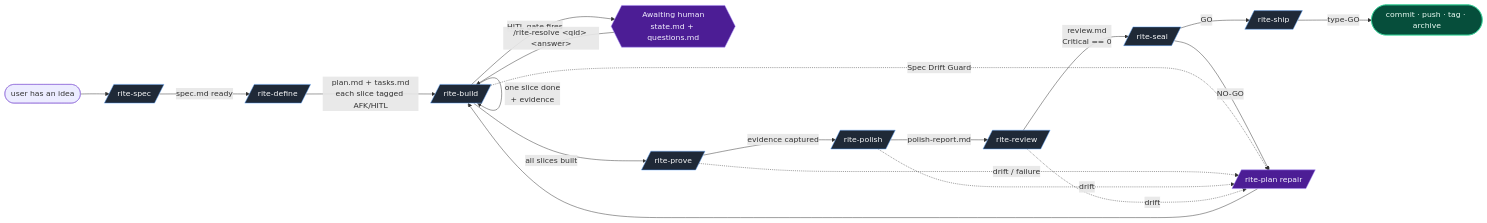
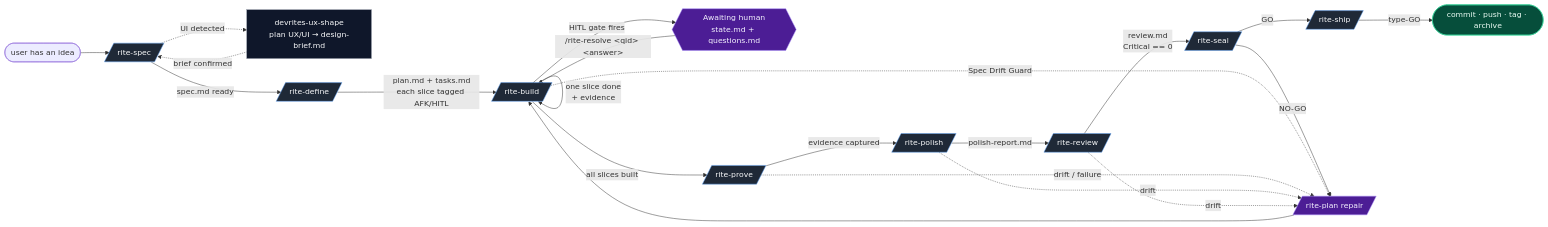
Before and after one commit to ViktorsBaikers/DevRites: the first of 9 diagrams in docs/flow.md, drawn with Mermaid. The commit also changed other lines of this file and 21 other files, not shown here.

````diff
--- a/docs/flow.md
+++ b/docs/flow.md
@@ -15,31 +15,35 @@
 ```mermaid
 flowchart LR
     Start([user has an idea]) --> Spec[/rite-spec/]
+    Spec -.->|UI detected| Shape[devrites-ux-shape<br/>plan UX/UI → design-brief.md]
+    Shape -.->|brief confirmed| Spec
     Spec -->|spec.md ready| Define[/rite-define/]
     Define -->|plan.md + tasks.md<br/>each slice tagged AFK/HITL| Build[/rite-build/]
     Build -->|one slice done<br/>+ evidence| Build
     Build -->|HITL gate fires| Await{{Awaiting human<br/>state.md + questions.md}}
     Await -->|"/rite-resolve &lt;qid&gt; &lt;answer&gt;"| Build
     Build -->|all slices built| Prove[/rite-prove/]
     Prove -->|evidence captured| Polish[/rite-polish/]
     Polish -->|polish-report.md| Review[/rite-review/]
     Review -->|review.md<br/>Critical == 0| Seal[/rite-seal/]
     Seal -->|GO| Ship2[/rite-ship/]
     Ship2 -->|type-GO| Shipped([commit · push · tag · archive])
     Seal -->|NO-GO| Repair[/rite-plan repair/]
     Repair --> Build
 
     Build -.->|Spec Drift Guard| Repair
     Prove -.->|drift / failure| Repair
     Polish -.->|drift| Repair
     Review -.->|drift| Repair
 
     classDef phase fill:#1f2937,stroke:#60a5fa,stroke-width:1px,color:#f9fafb
     classDef done fill:#064e3b,stroke:#34d399,color:#ecfdf5
     classDef repair fill:#4c1d95,stroke:#a78bfa,color:#f5f3ff
     classDef gate fill:#4c1d95,stroke:#a78bfa,color:#f5f3ff
+    classDef internal fill:#0f172a,stroke:#9ca3af,color:#f9fafb
     class Spec,Define,Build,Prove,Polish,Review,Seal,Ship2 phase
     class Shipped done
     class Repair repair
     class Await gate
+    class Shape internal
 ```
````
